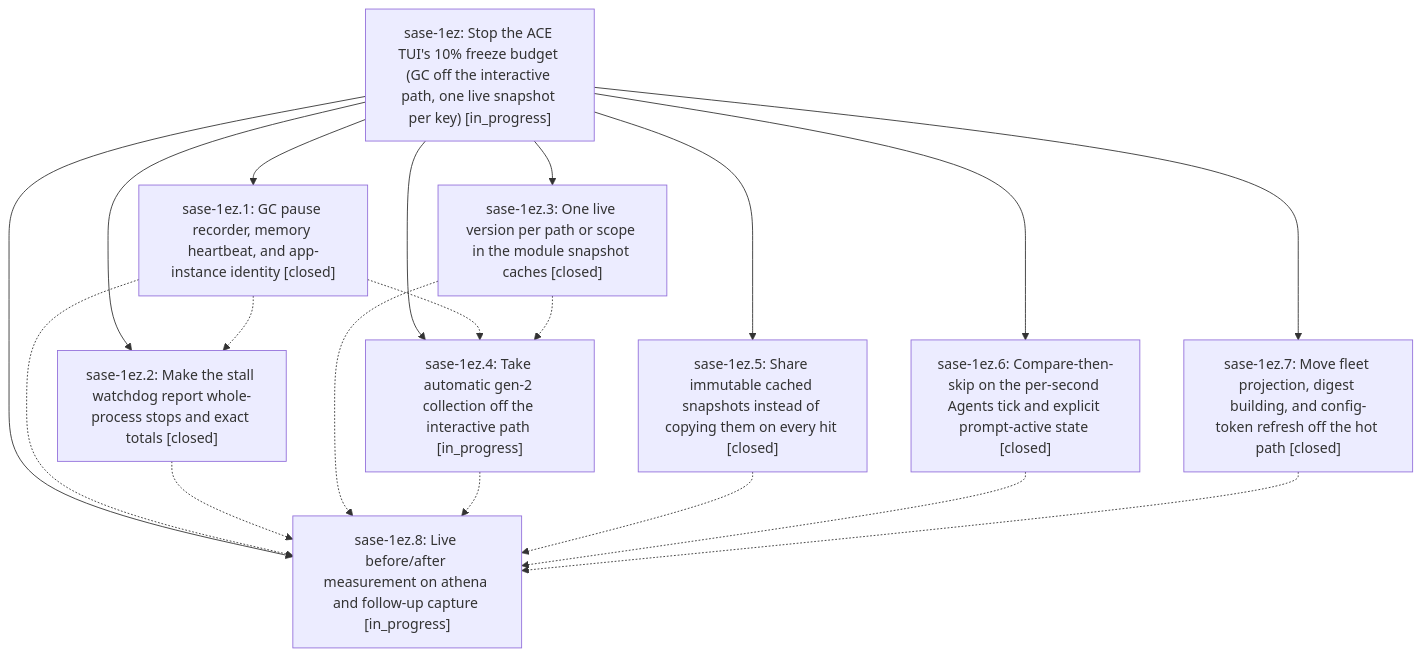
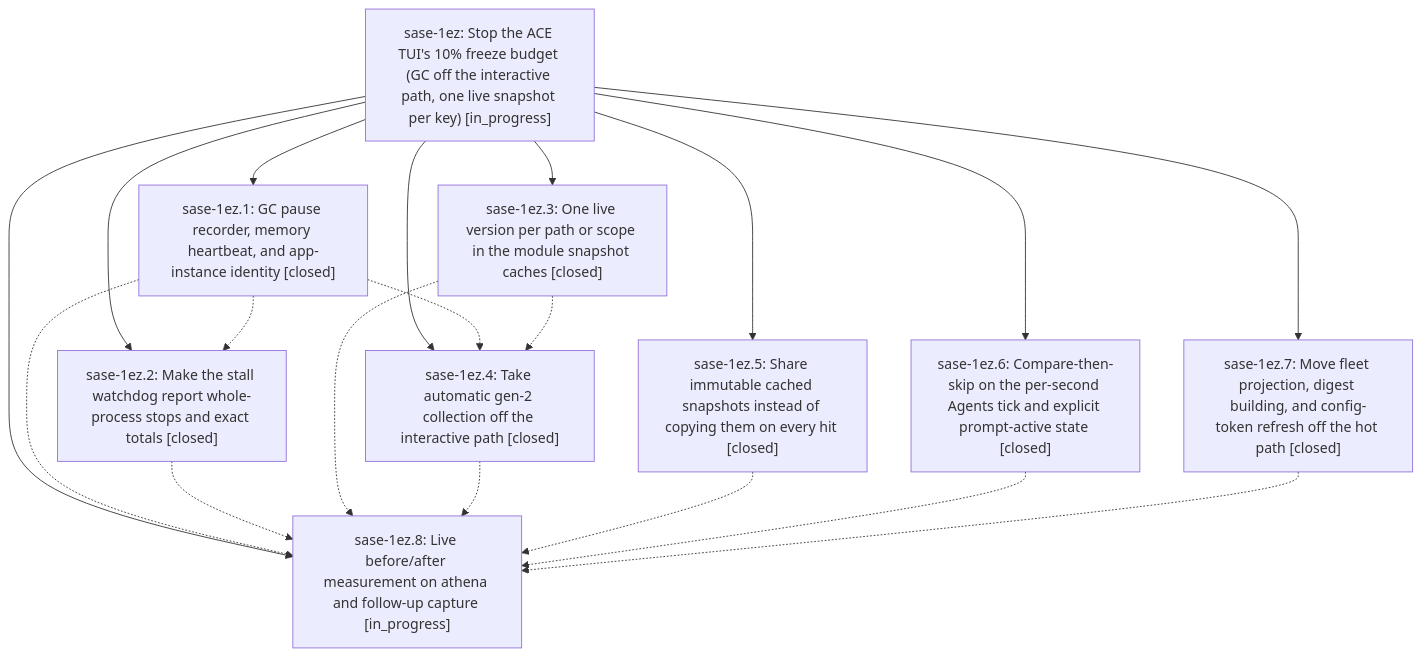
The diagram in pages/sase-1ez/README.md (sase-org/sase--beads), drawn with Mermaid before and after one commit. The commit also changed other lines of this file and 5 other files, not shown here.

````diff
--- a/pages/sase-1ez/README.md
+++ b/pages/sase-1ez/README.md
@@ -29,30 +29,30 @@
 ```mermaid
 flowchart TD
     n0["sase-1ez: Stop the ACE TUI's 10% freeze budget (GC off the interactive path, one live snapshot per key) [in_progress]"]
     n1["sase-1ez.1: GC pause recorder, memory heartbeat, and app-instance identity [closed]"]
     n2["sase-1ez.2: Make the stall watchdog report whole-process stops and exact totals [closed]"]
     n3["sase-1ez.3: One live version per path or scope in the module snapshot caches [closed]"]
-    n4["sase-1ez.4: Take automatic gen-2 collection off the interactive path [in_progress]"]
+    n4["sase-1ez.4: Take automatic gen-2 collection off the interactive path [closed]"]
     n5["sase-1ez.5: Share immutable cached snapshots instead of copying them on every hit [closed]"]
     n6["sase-1ez.6: Compare-then-skip on the per-second Agents tick and explicit prompt-active state [closed]"]
     n7["sase-1ez.7: Move fleet projection, digest building, and config-token refresh off the hot path [closed]"]
     n8["sase-1ez.8: Live before/after measurement on athena and follow-up capture [in_progress]"]
     n0 --> n1
     n0 --> n2
     n0 --> n3
     n0 --> n4
     n0 --> n5
     n0 --> n6
     n0 --> n7
     n0 --> n8
     n1 -.-> n2
     n1 -.-> n4
     n1 -.-> n8
     n2 -.-> n8
     n3 -.-> n4
     n3 -.-> n8
     n4 -.-> n8
     n5 -.-> n8
     n6 -.-> n8
     n7 -.-> n8
 ```
````
